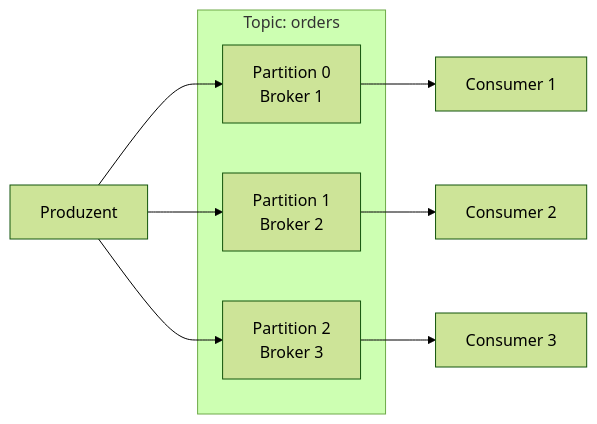
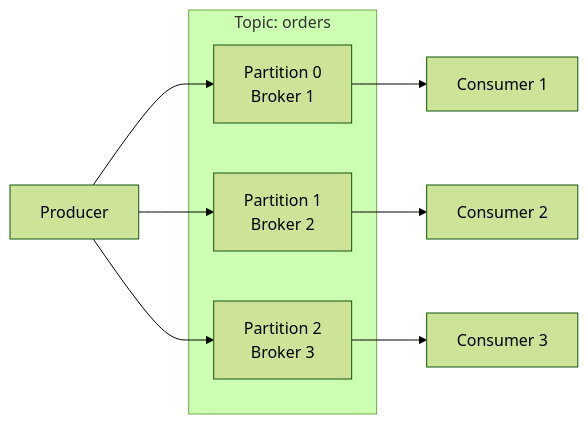
Before and after one commit to HidoraSwiss/hikube-public-doc: the second of 2 diagrams in i18n/de/docusaurus-plugin-content-docs/current/services/messaging/kafka/concepts.md, drawn with Mermaid (forest theme). The commit also changed other lines of this file and 148 other files, not shown here.

````diff
--- a/i18n/de/docusaurus-plugin-content-docs/current/services/messaging/kafka/concepts.md
+++ b/i18n/de/docusaurus-plugin-content-docs/current/services/messaging/kafka/concepts.md
@@ -86,16 +83,16 @@
 ```mermaid
 graph LR
     subgraph "Topic: orders"
         P0[Partition 0<br/>Broker 1]
         P1[Partition 1<br/>Broker 2]
         P2[Partition 2<br/>Broker 3]
     end
 
-    Prod[Produzent] --> P0
+    Prod[Producer] --> P0
     Prod --> P1
     Prod --> P2
 
     P0 --> C1[Consumer 1]
     P1 --> C2[Consumer 2]
     P2 --> C3[Consumer 3]
 ```
````
